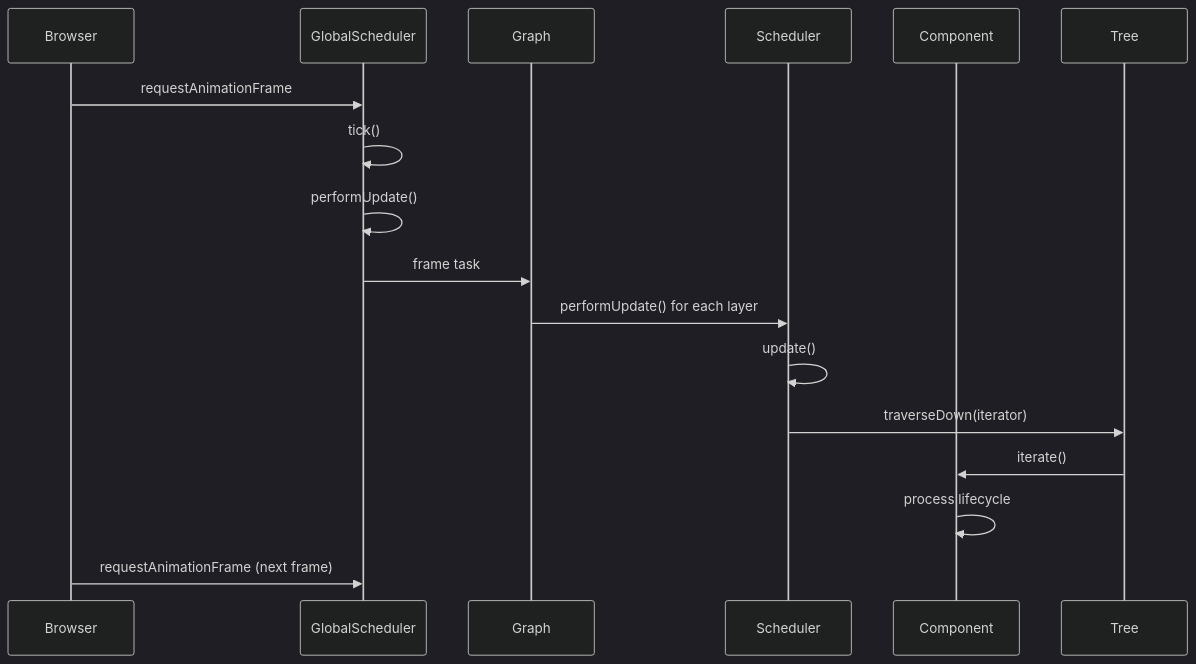
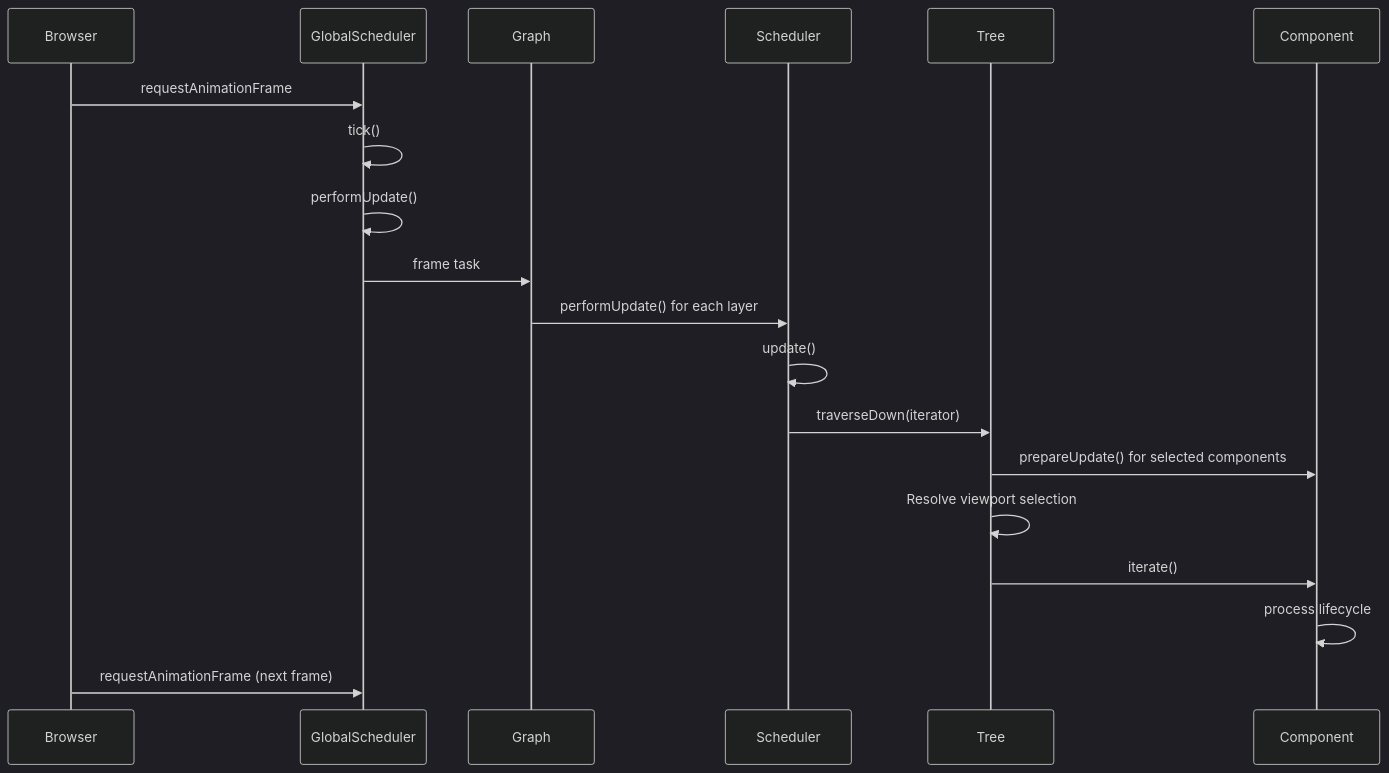
The second of 7 diagrams in packages/graph/docs/system/scheduler-system.md (gravity-ui/graph), drawn with Mermaid (dark theme) before and after one commit. The commit also changed other lines of this file and 35 other files, not shown here.

Commit message:
feat(graph): make viewport culling native to layer trees

````diff
--- a/packages/graph/docs/system/scheduler-system.md
+++ b/packages/graph/docs/system/scheduler-system.md
@@ -101,19 +101,22 @@
 ```mermaid
 sequenceDiagram
     participant Browser
     participant GlobalScheduler
     participant Graph
     participant Scheduler
+    participant Tree
     participant Component
     
     Browser->>GlobalScheduler: requestAnimationFrame
     GlobalScheduler->>GlobalScheduler: tick()
     GlobalScheduler->>GlobalScheduler: performUpdate()
     GlobalScheduler->>Graph: frame task
     Graph->>Scheduler: performUpdate() for each layer
     Scheduler->>Scheduler: update()
     Scheduler->>Tree: traverseDown(iterator)
+    Tree->>Component: prepareUpdate() for selected components
+    Tree->>Tree: Resolve viewport selection
     Tree->>Component: iterate()
     Component->>Component: process lifecycle
     Browser->>GlobalScheduler: requestAnimationFrame (next frame)
 ```
````
